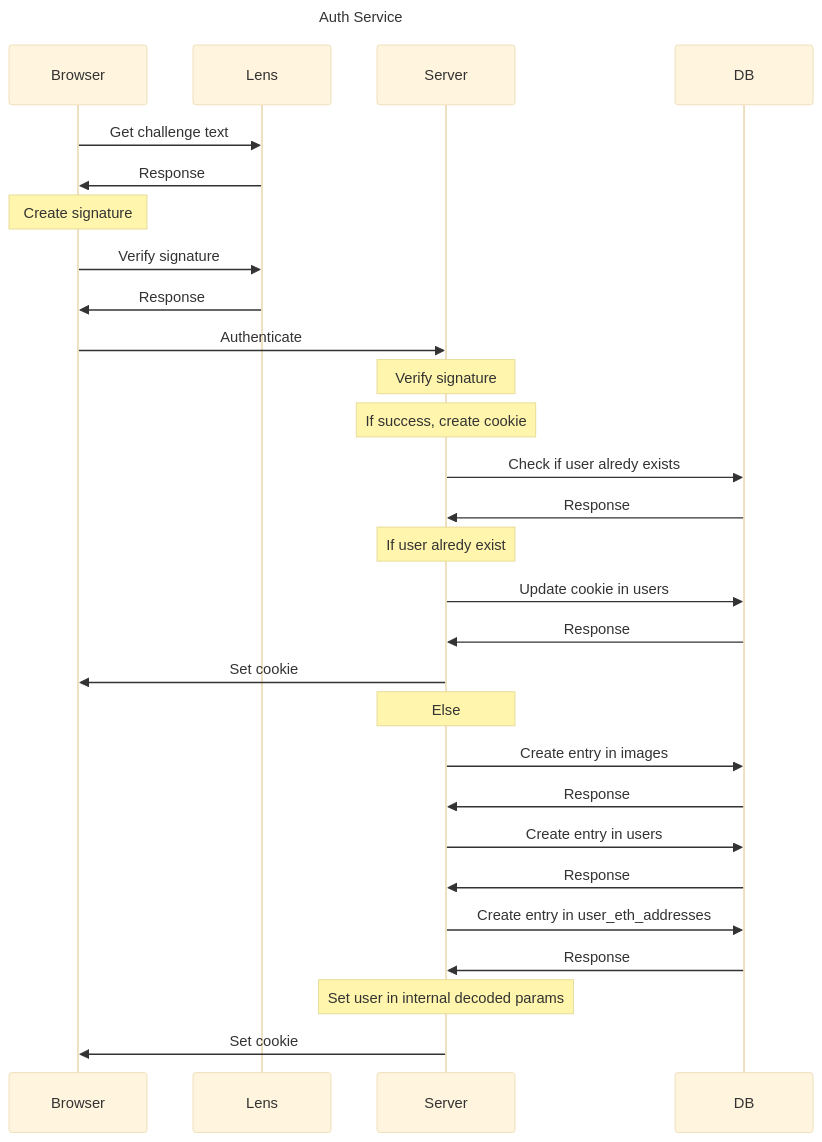
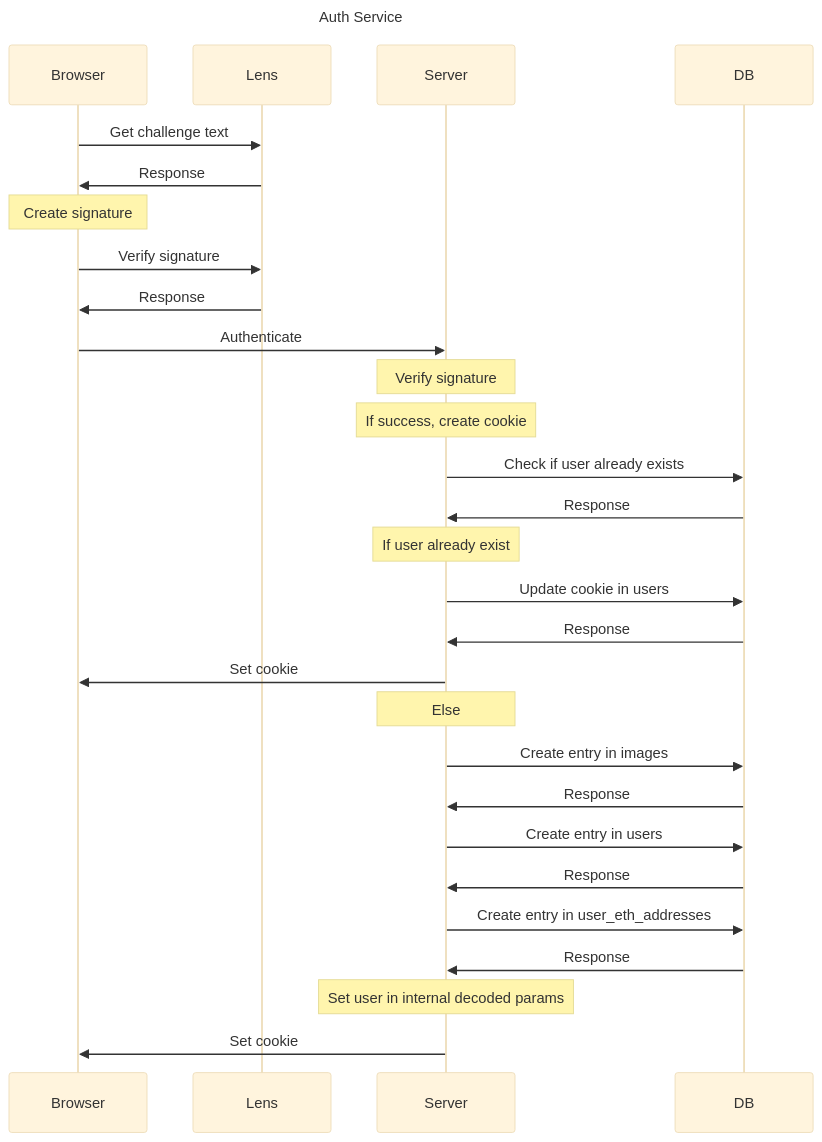
The diagram in docs/sequenceDiagrams/authFlow.mermaid (TrueSparrowSystems/whisper-chain-be), drawn with Mermaid (base theme) before and after one commit.

Commit message:
auth flow sequence diagram

```diff
--- a/docs/sequenceDiagrams/authFlow.mermaid
+++ b/docs/sequenceDiagrams/authFlow.mermaid
@@ -1,43 +1,43 @@
 %% Documentation: https://github.com/mermaid-js/mermaid
 %% Editor: https://mermaid.live/edit
 
 sequenceDiagram
 title Auth Service 
 
 participant Browser
 participant Platform as Lens
 participant Server
 participant DB
 
 Browser->>Platform: Get challenge text
 Platform->>Browser: Response
 
 note over Browser: Create signature
 
 Browser->>Platform: Verify signature
 Platform->>Browser: Response
 
 Browser->>Server: Authenticate
 
 note over Server: Verify signature
 note over Server: If success, create cookie
 
-Server->>DB: Check if user alredy exists
+Server->>DB: Check if user already exists
 DB->>Server: Response
 
-note over Server: If user alredy exist
+note over Server: If user already exist
 Server->>DB: Update cookie in users
 DB->>Server: Response
 Server->>Browser: Set cookie
 note over Server: Else
 
 Server->>DB: Create entry in images
 DB->>Server: Response
 Server->>DB: Create entry in users
 DB->>Server: Response
 Server->>DB: Create entry in user_eth_addresses
 DB->>Server: Response
 
 note over Server: Set user in internal decoded params
 
 Server->>Browser: Set cookie
```
